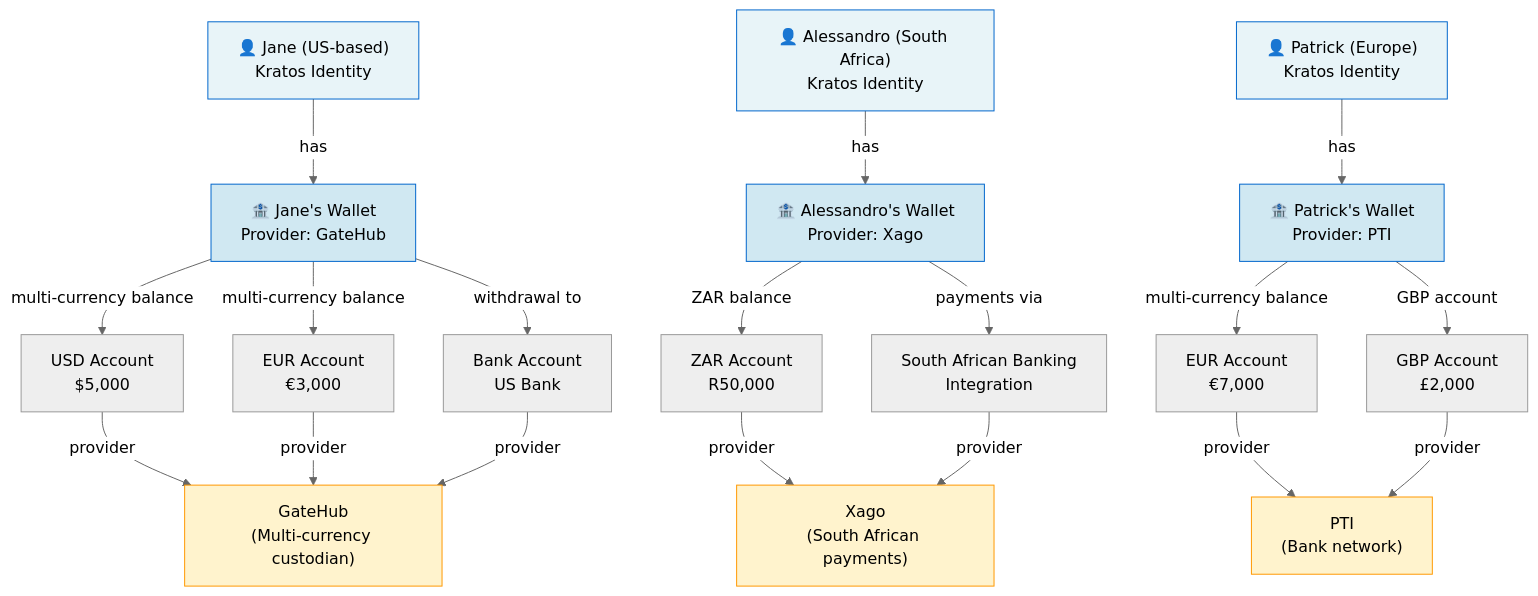
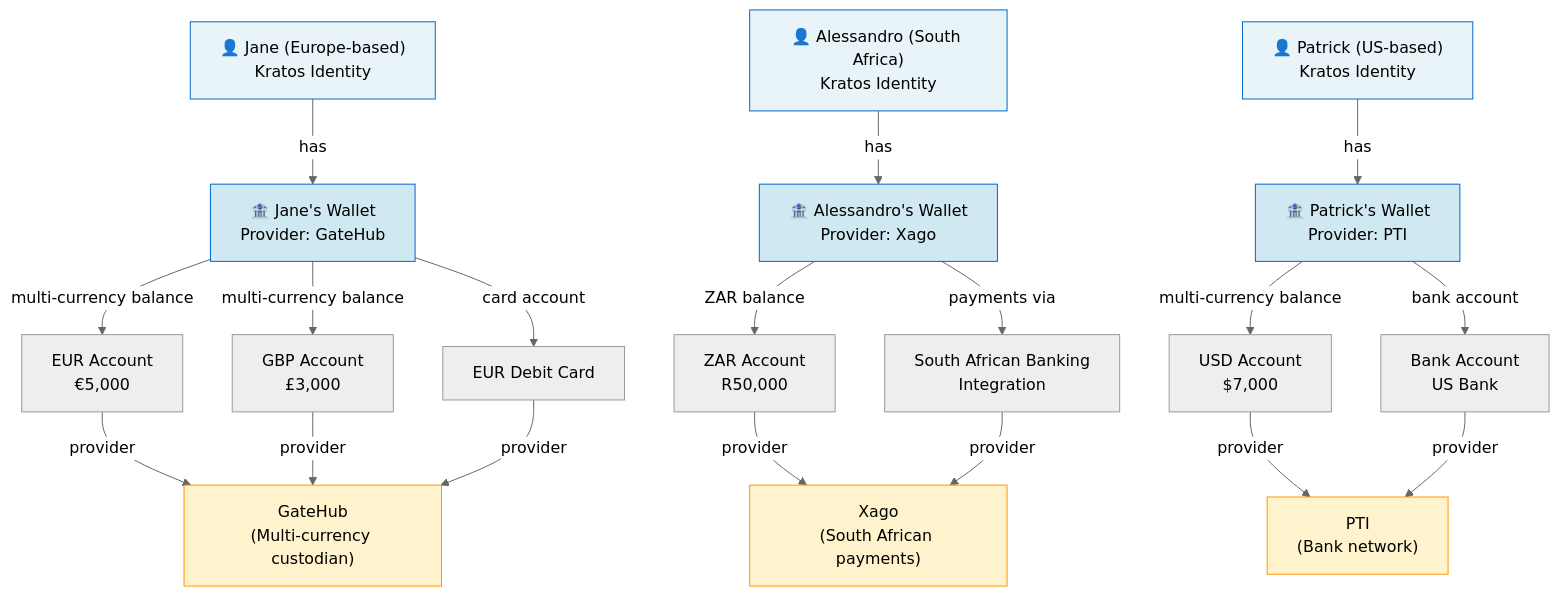
One commit to interledger/interledger-app changed the first of 7 diagrams in documentation/docs/payments-guide.md. Above: the diagram before and after it, drawn with Mermaid (neutral theme). The commit also changed other lines of this file and 8 other files, not shown here.

````diff
--- a/documentation/docs/payments-guide.md
+++ b/documentation/docs/payments-guide.md
@@ -53,39 +53,39 @@
 ```mermaid
 graph TD
-    JaneUser["👤 Jane (US-based)<br/>Kratos Identity"]
+    JaneUser["👤 Jane (Europe-based)<br/>Kratos Identity"]
     JaneWallet["🏦 Jane's Wallet<br/>Provider: GateHub"]
     
     AlessandroUser["👤 Alessandro (South Africa)<br/>Kratos Identity"]
     AlessandroWallet["🏦 Alessandro's Wallet<br/>Provider: Xago"]
     
-    PatrickUser["👤 Patrick (Europe)<br/>Kratos Identity"]
+    PatrickUser["👤 Patrick (US-based)<br/>Kratos Identity"]
     PatrickWallet["🏦 Patrick's Wallet<br/>Provider: PTI"]
     
     JaneUser -->|has| JaneWallet
     AlessandroUser -->|has| AlessandroWallet
     PatrickUser -->|has| PatrickWallet
     
-    JaneWallet -->|multi-currency balance| LA1["USD Account<br/>$5,000"]
-    JaneWallet -->|multi-currency balance| LA2["EUR Account<br/>€3,000"]
-    JaneWallet -->|withdrawal to| LA3["Bank Account<br/>US Bank"]
+    JaneWallet -->|multi-currency balance| LA1["EUR Account<br/>€5,000"]
+    JaneWallet -->|multi-currency balance| LA2["GBP Account<br/>£3,000"]
+    JaneWallet -->|card account| LA3["EUR Debit Card"]
     
     AlessandroWallet -->|ZAR balance| LA4["ZAR Account<br/>R50,000"]
     AlessandroWallet -->|payments via| LA5["South African Banking<br/>Integration"]
     
-    PatrickWallet -->|multi-currency balance| LA6["EUR Account<br/>€7,000"]
-    PatrickWallet -->|GBP account| LA7["GBP Account<br/>£2,000"]
+    PatrickWallet -->|multi-currency balance| LA6["USD Account<br/>$7,000"]
+    PatrickWallet -->|bank account| LA7["Bank Account<br/>US Bank"]
     
     LA1 & LA2 & LA3 -->|provider| GH["GateHub<br/>(Multi-currency custodian)"]
     LA4 & LA5 -->|provider| XG["Xago<br/>(South African payments)"]
     LA6 & LA7 -->|provider| PTI["PTI<br/>(Bank network)"]
     
     style JaneUser fill:#e8f4f8,stroke:#0066cc,color:#000
     style JaneWallet fill:#d0e8f2,stroke:#0066cc,color:#000
     style AlessandroUser fill:#e8f4f8,stroke:#0066cc,color:#000
     style AlessandroWallet fill:#d0e8f2,stroke:#0066cc,color:#000
     style PatrickUser fill:#e8f4f8,stroke:#0066cc,color:#000
     style PatrickWallet fill:#d0e8f2,stroke:#0066cc,color:#000
     style GH fill:#fff3cd,stroke:#ff9800,color:#000
     style XG fill:#fff3cd,stroke:#ff9800,color:#000
     style PTI fill:#fff3cd,stroke:#ff9800,color:#000
 ```
````
